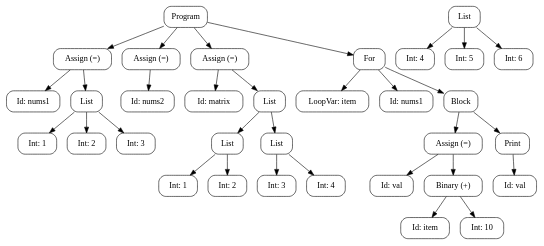
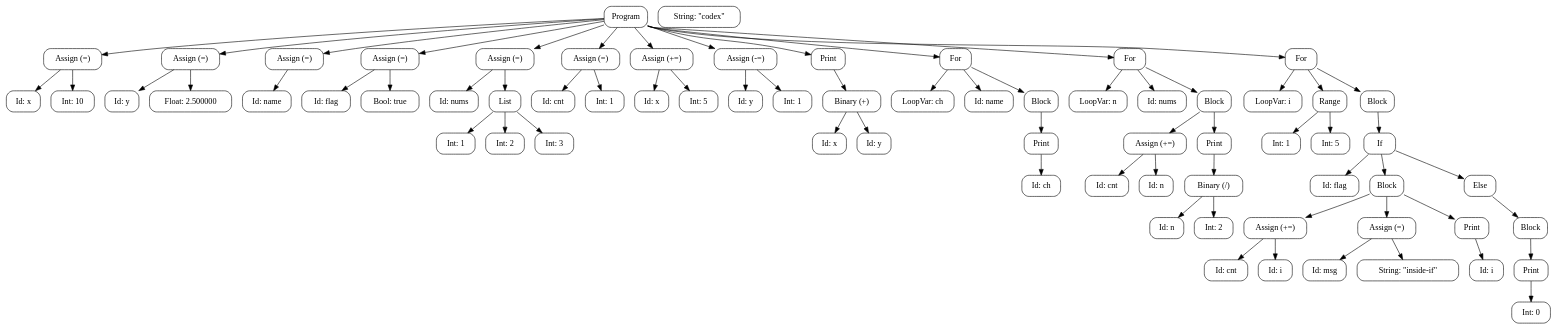
One commit to arkodasgupta0412/Python-lite-Compiler changed the diagram in docs/ast.dot. Above: the diagram before and after it, drawn with Graphviz. The commit also changed 10 other files, not shown here.

```diff
--- a/docs/ast.dot
+++ b/docs/ast.dot
@@ -1,68 +1,142 @@
 digraph AST {
   rankdir=TB;
   node [shape=box, style=rounded, fontname="Consolas"];
   n0 [label="Program"];
   n1 [label="Assign (=)"];
-  n2 [label="Id: nums1"];
-  n3 [label="List"];
-  n4 [label="Int: 1"];
-  n3 -> n4;
-  n5 [label="Int: 2"];
-  n3 -> n5;
-  n6 [label="Int: 3"];
-  n3 -> n6;
+  n2 [label="Id: x"];
+  n3 [label="Int: 10"];
   n1 -> n2;
   n1 -> n3;
   n0 -> n1;
+  n4 [label="Assign (=)"];
+  n5 [label="Id: y"];
+  n6 [label="Float: 2.500000"];
+  n4 -> n5;
+  n4 -> n6;
+  n0 -> n4;
   n7 [label="Assign (=)"];
-  n8 [label="Id: nums2"];
-  n9 [label="List"];
-  n10 [label="Int: 4"];
-  n9 -> n10;
-  n11 [label="Int: 5"];
-  n9 -> n11;
-  n12 [label="Int: 6"];
-  n9 -> n12;
+  n8 [label="Id: name"];
+  n9 [label="String: \"codex\""];
   n7 -> n8;
   n0 -> n7;
+  n10 [label="Assign (=)"];
+  n11 [label="Id: flag"];
+  n12 [label="Bool: true"];
+  n10 -> n11;
+  n10 -> n12;
+  n0 -> n10;
   n13 [label="Assign (=)"];
-  n14 [label="Id: matrix"];
+  n14 [label="Id: nums"];
   n15 [label="List"];
-  n16 [label="List"];
-  n17 [label="Int: 1"];
-  n16 -> n17;
-  n18 [label="Int: 2"];
-  n16 -> n18;
+  n16 [label="Int: 1"];
   n15 -> n16;
-  n19 [label="List"];
-  n20 [label="Int: 3"];
-  n19 -> n20;
-  n21 [label="Int: 4"];
-  n19 -> n21;
-  n15 -> n19;
+  n17 [label="Int: 2"];
+  n15 -> n17;
+  n18 [label="Int: 3"];
+  n15 -> n18;
   n13 -> n14;
   n13 -> n15;
   n0 -> n13;
-  n22 [label="For"];
-  n23 [label="LoopVar: item"];
-  n24 [label="Id: nums1"];
-  n25 [label="Block"];
-  n26 [label="Assign (=)"];
-  n27 [label="Id: val"];
-  n28 [label="Binary (+)"];
-  n29 [label="Id: item"];
-  n28 -> n29;
-  n30 [label="Int: 10"];
-  n28 -> n30;
-  n26 -> n27;
-  n26 -> n28;
-  n25 -> n26;
-  n31 [label="Print"];
-  n32 [label="Id: val"];
-  n31 -> n32;
-  n25 -> n31;
+  n19 [label="Assign (=)"];
+  n20 [label="Id: cnt"];
+  n21 [label="Int: 1"];
+  n19 -> n20;
+  n19 -> n21;
+  n0 -> n19;
+  n22 [label="Assign (+=)"];
+  n23 [label="Id: x"];
+  n24 [label="Int: 5"];
   n22 -> n23;
   n22 -> n24;
-  n22 -> n25;
   n0 -> n22;
+  n25 [label="Assign (-=)"];
+  n26 [label="Id: y"];
+  n27 [label="Int: 1"];
+  n25 -> n26;
+  n25 -> n27;
+  n0 -> n25;
+  n28 [label="Print"];
+  n29 [label="Binary (+)"];
+  n30 [label="Id: x"];
+  n29 -> n30;
+  n31 [label="Id: y"];
+  n29 -> n31;
+  n28 -> n29;
+  n0 -> n28;
+  n32 [label="For"];
+  n33 [label="LoopVar: ch"];
+  n34 [label="Id: name"];
+  n35 [label="Block"];
+  n36 [label="Print"];
+  n37 [label="Id: ch"];
+  n36 -> n37;
+  n35 -> n36;
+  n32 -> n33;
+  n32 -> n34;
+  n32 -> n35;
+  n0 -> n32;
+  n38 [label="For"];
+  n39 [label="LoopVar: n"];
+  n40 [label="Id: nums"];
+  n41 [label="Block"];
+  n42 [label="Assign (+=)"];
+  n43 [label="Id: cnt"];
+  n44 [label="Id: n"];
+  n42 -> n43;
+  n42 -> n44;
+  n41 -> n42;
+  n45 [label="Print"];
+  n46 [label="Binary (/)"];
+  n47 [label="Id: n"];
+  n46 -> n47;
+  n48 [label="Int: 2"];
+  n46 -> n48;
+  n45 -> n46;
+  n41 -> n45;
+  n38 -> n39;
+  n38 -> n40;
+  n38 -> n41;
+  n0 -> n38;
+  n49 [label="For"];
+  n50 [label="LoopVar: i"];
+  n51 [label="Range"];
+  n52 [label="Int: 1"];
+  n51 -> n52;
+  n53 [label="Int: 5"];
+  n51 -> n53;
+  n54 [label="Block"];
+  n55 [label="If"];
+  n56 [label="Id: flag"];
+  n57 [label="Block"];
+  n58 [label="Assign (+=)"];
+  n59 [label="Id: cnt"];
+  n60 [label="Id: i"];
+  n58 -> n59;
+  n58 -> n60;
+  n57 -> n58;
+  n61 [label="Assign (=)"];
+  n62 [label="Id: msg"];
+  n63 [label="String: \"inside-if\""];
+  n61 -> n62;
+  n61 -> n63;
+  n57 -> n61;
+  n64 [label="Print"];
+  n65 [label="Id: i"];
+  n64 -> n65;
+  n57 -> n64;
+  n55 -> n56;
+  n55 -> n57;
+  n66 [label="Else"];
+  n55 -> n66;
+  n67 [label="Block"];
+  n68 [label="Print"];
+  n69 [label="Int: 0"];
+  n68 -> n69;
+  n67 -> n68;
+  n66 -> n67;
+  n54 -> n55;
+  n49 -> n50;
+  n49 -> n51;
+  n49 -> n54;
+  n0 -> n49;
 }
```
